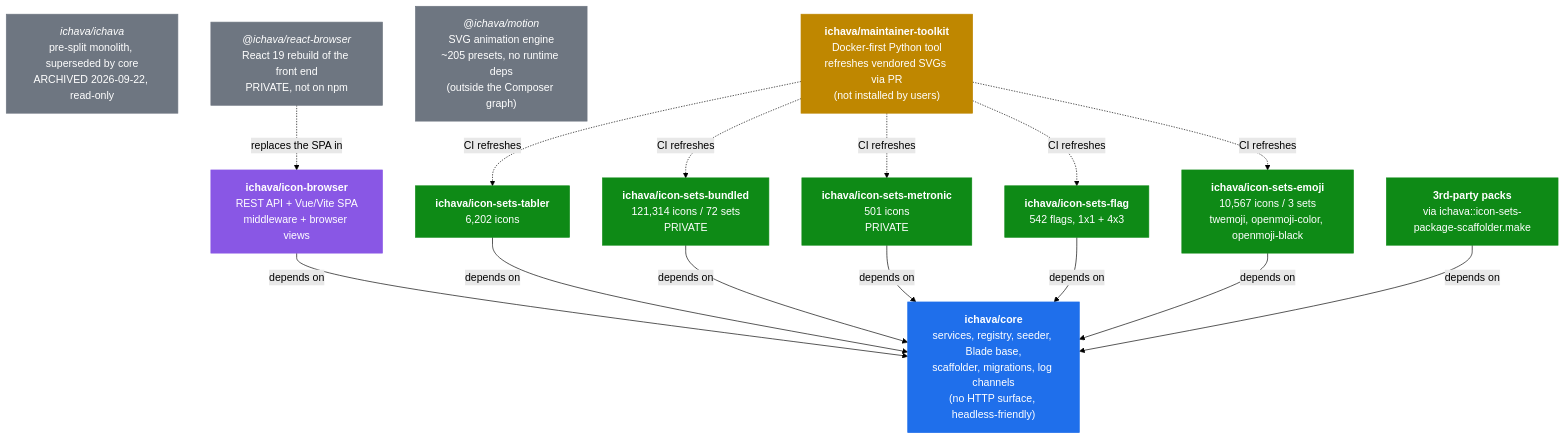
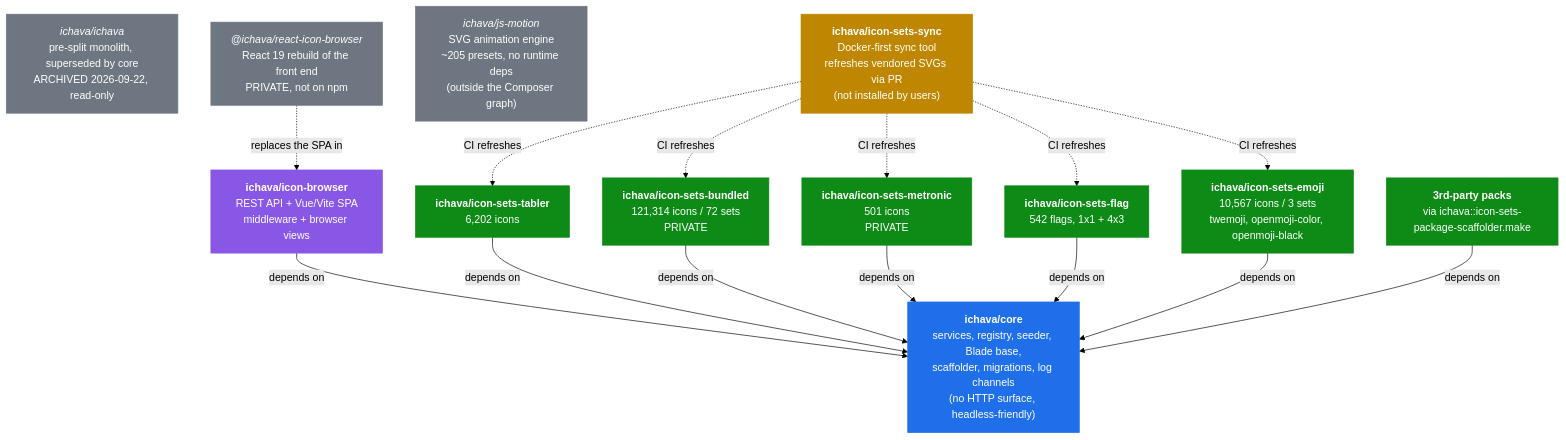
The first of 3 diagrams in docs/architecture.md (ichava/core), drawn with Mermaid (forest theme) before and after one commit. The commit also changed 5 other files, not shown here.

Commit message:
chore: follow the icon-sets-sync, js-motion and react-icon-browser renames

````diff
--- a/docs/architecture.md
+++ b/docs/architecture.md
@@ -27,40 +27,40 @@
 ```mermaid
 flowchart TB
     core["<b>ichava/core</b><br/>services, registry, seeder, Blade base,<br/>scaffolder, migrations, log channels<br/>(no HTTP surface, headless-friendly)"]
     browser["<b>ichava/icon-browser</b><br/>REST API + Vue/Vite SPA<br/>middleware + browser views"]
     tabler["<b>ichava/icon-sets-tabler</b><br/>6,202 icons"]
     bundled["<b>ichava/icon-sets-bundled</b><br/>121,314 icons / 72 sets<br/>PRIVATE"]
     metronic["<b>ichava/icon-sets-metronic</b><br/>501 icons<br/>PRIVATE"]
     flag["<b>ichava/icon-sets-flag</b><br/>542 flags, 1x1 + 4x3"]
     emoji["<b>ichava/icon-sets-emoji</b><br/>10,567 icons / 3 sets<br/>twemoji, openmoji-color, openmoji-black"]
     third["<b>3rd-party packs</b><br/>via ichava::icon-sets-package-scaffolder.make"]
     meta["<i>ichava/ichava</i><br/>pre-split monolith, superseded by core<br/>ARCHIVED 2026-09-22, read-only"]
-    toolkit["<b>ichava/maintainer-toolkit</b><br/>Docker-first Python tool<br/>refreshes vendored SVGs via PR<br/>(not installed by users)"]
-    motion["<i>@ichava/motion</i><br/>SVG animation engine<br/>~205 presets, no runtime deps<br/>(outside the Composer graph)"]
-    react["<i>@ichava/react-browser</i><br/>React 19 rebuild of the front end<br/>PRIVATE, not on npm"]
+    toolkit["<b>ichava/icon-sets-sync</b><br/>Docker-first sync tool<br/>refreshes vendored SVGs via PR<br/>(not installed by users)"]
+    motion["<i>ichava/js-motion</i><br/>SVG animation engine<br/>~205 presets, no runtime deps<br/>(outside the Composer graph)"]
+    react["<i>@ichava/react-icon-browser</i><br/>React 19 rebuild of the front end<br/>PRIVATE, not on npm"]
 
     browser -- depends on --> core
     tabler -- depends on --> core
     bundled -- depends on --> core
     metronic -- depends on --> core
     flag -- depends on --> core
     emoji -- depends on --> core
     third -- depends on --> core
     toolkit -. CI refreshes .-> tabler
     toolkit -. CI refreshes .-> bundled
     toolkit -. CI refreshes .-> metronic
     toolkit -. CI refreshes .-> flag
     toolkit -. CI refreshes .-> emoji
     react -. replaces the SPA in .-> browser
 
     classDef engine fill:#1f6feb,stroke:#1f6feb,color:#fff
     classDef http fill:#8957e5,stroke:#8957e5,color:#fff
     classDef pack fill:#0e8a16,stroke:#0e8a16,color:#fff
     classDef other fill:#6e7681,stroke:#6e7681,color:#fff
     classDef tooling fill:#bf8700,stroke:#bf8700,color:#fff
     class core engine
     class browser http
     class tabler,bundled,metronic,flag,emoji,third pack
     class meta,motion,react other
     class toolkit tooling
 ```
````
